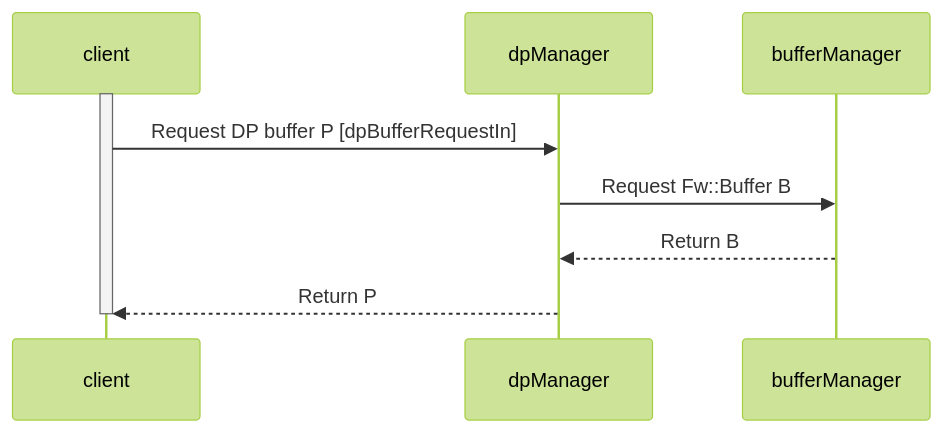
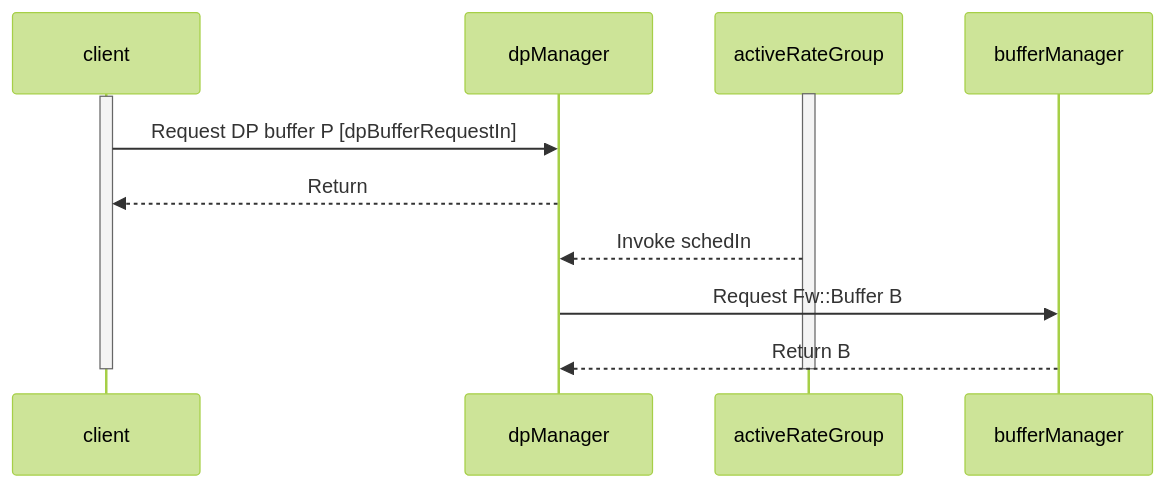
The diagram in Svc/DpManager/docs/sdd.md (bocchino/fprime), drawn with Mermaid (forest theme) before and after one commit. The commit also changed other lines of this file, not shown here.

Commit message:
Revise diagram for DpManager SDD

````diff
--- a/Svc/DpManager/docs/sdd.md
+++ b/Svc/DpManager/docs/sdd.md
@@ -142,9 +148,12 @@
 ```mermaid
 sequenceDiagram
+    activate activeRateGroup
     activate client
     client->>dpManager: Request DP buffer P [dpBufferRequestIn]
-    dpManager ->>bufferManager: Request Fw::Buffer B
+    dpManager-->>client: Return
+    activeRateGroup-->>dpManager: Invoke schedIn
+    dpManager->>bufferManager: Request Fw::Buffer B
     bufferManager-->>dpManager: Return B
-    dpManager-->>client: Return P
-    deactivate  client 
+    deactivate client
+    deactivate activeRateGroup
 ```
````
